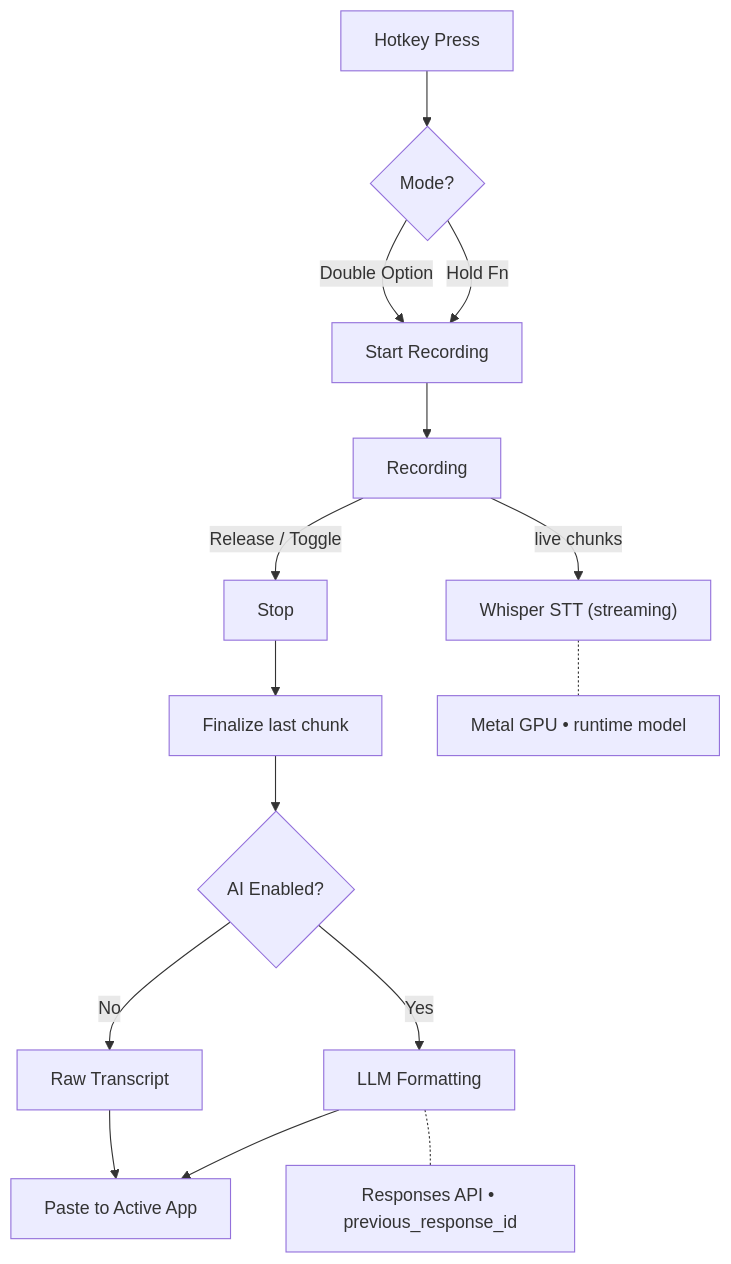
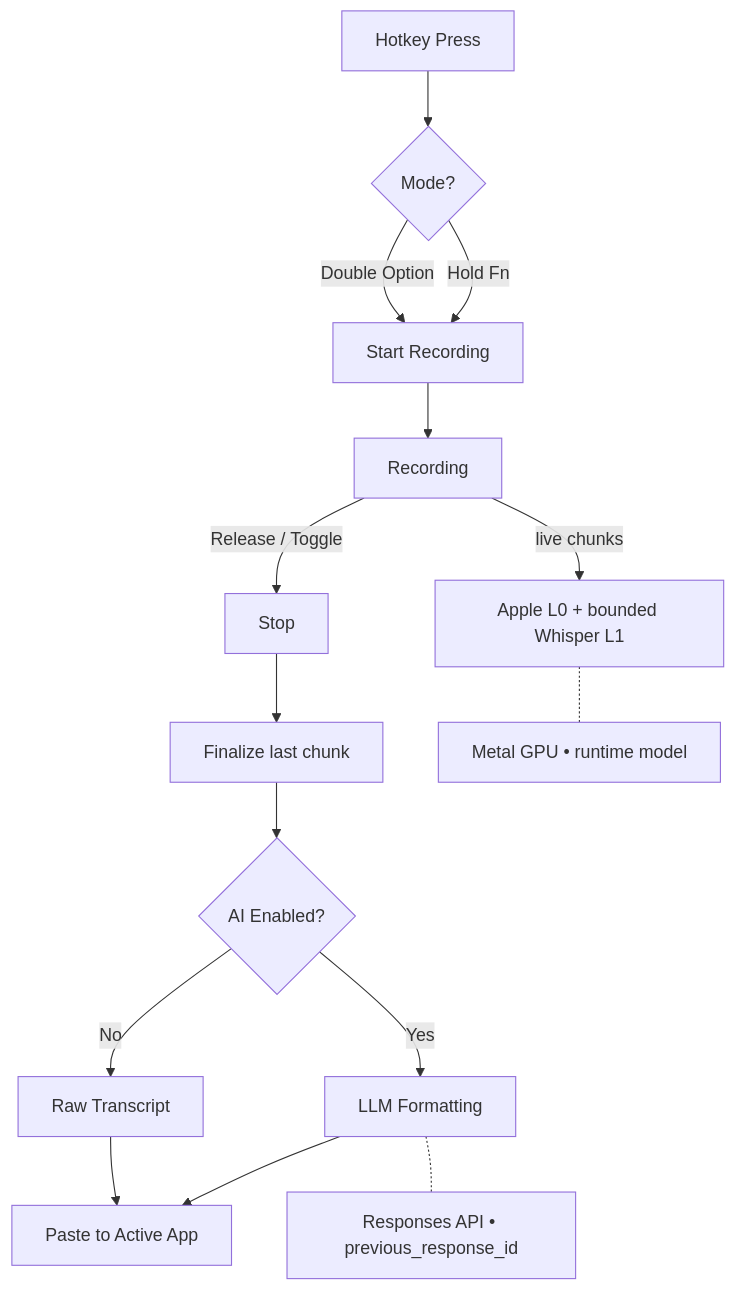
The second of 2 diagrams in README.md (vetcoders/codescribe), drawn with Mermaid before and after one commit. The commit also changed other lines of this file and 728 other files, not shown here.

````diff
--- a/README.md
+++ b/README.md
@@ -217,18 +229,18 @@
 ```mermaid
 flowchart TD
     A[Hotkey Press] --> B{Mode?}
     B -->|Hold Fn| C[Start Recording]
     B -->|Double Option| C
     C --> D[Recording]
-    D -->|live chunks| E["Whisper STT (streaming)"]
+    D -->|live chunks| E["Apple L0 + bounded Whisper L1"]
     D -->|Release / Toggle| F[Stop]
     F --> G[Finalize last chunk]
     G --> H{AI Enabled?}
     H -->|Yes| I[LLM Formatting]
     H -->|No| J[Raw Transcript]
     I --> K[Paste to Active App]
     J --> K
 
     E -.- E1["Metal GPU • runtime model"]
     I -.- I1["Responses API • previous_response_id"]
 ```
````
